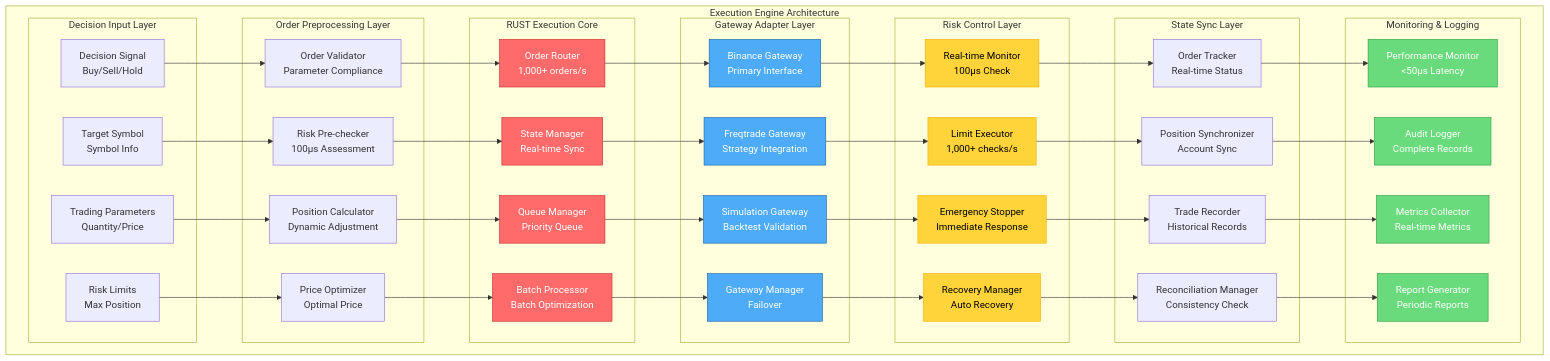
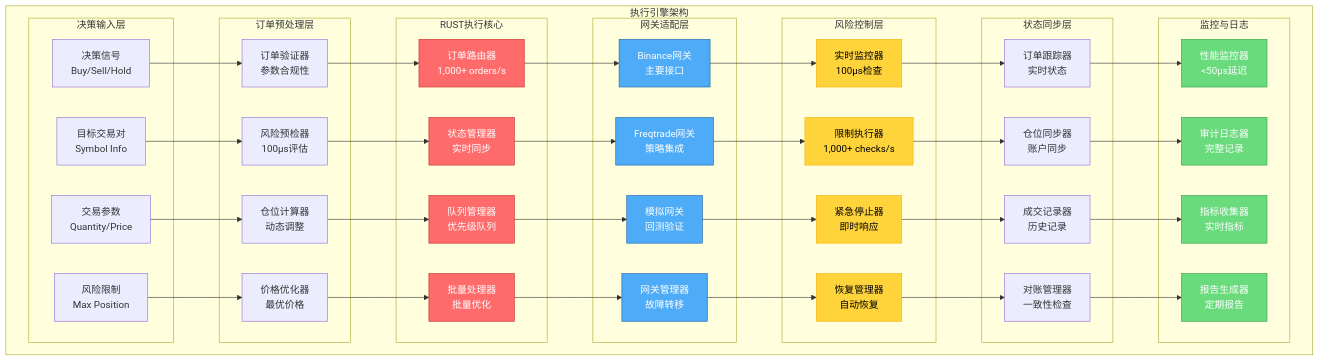
The fifth of 12 diagrams in README.zh.md (zcxGGmu/DeepAlpha), drawn with Mermaid before and after one commit. The commit also changed other lines of this file and 1 other file, not shown here.

````diff
--- a/README.zh.md
+++ b/README.zh.md
@@ -635,53 +634,53 @@
 ```mermaid
 graph TB
-    subgraph "Execution Engine Architecture"
-        subgraph "Decision Input Layer"
-            DI1[Decision Signal<br/>Buy/Sell/Hold]
-            DI2[Target Symbol<br/>Symbol Info]
-            DI3[Trading Parameters<br/>Quantity/Price]
-            DI4[Risk Limits<br/>Max Position]
+    subgraph "执行引擎架构"
+        subgraph "决策输入层"
+            DI1[决策信号<br/>Buy/Sell/Hold]
+            DI2[目标交易对<br/>Symbol Info]
+            DI3[交易参数<br/>Quantity/Price]
+            DI4[风险限制<br/>Max Position]
         end
 
-        subgraph "Order Preprocessing Layer"
-            OP1[Order Validator<br/>Parameter Compliance]
-            OP2[Risk Pre-checker<br/>100μs Assessment]
-            OP3[Position Calculator<br/>Dynamic Adjustment]
-            OP4[Price Optimizer<br/>Optimal Price]
+        subgraph "订单预处理层"
+            OP1[订单验证器<br/>参数合规性]
+            OP2[风险预检器<br/>100μs评估]
+            OP3[仓位计算器<br/>动态调整]
+            OP4[价格优化器<br/>最优价格]
         end
 
-        subgraph "RUST Execution Core"
-            RU1[Order Router<br/>1,000+ orders/s]
-            RU2[State Manager<br/>Real-time Sync]
-            RU3[Queue Manager<br/>Priority Queue]
-            RU4[Batch Processor<br/>Batch Optimization]
+        subgraph "RUST执行核心"
+            RU1[订单路由器<br/>1,000+ orders/s]
+            RU2[状态管理器<br/>实时同步]
+            RU3[队列管理器<br/>优先级队列]
+            RU4[批量处理器<br/>批量优化]
         end
 
-        subgraph "Gateway Adapter Layer"
-            GW1[Binance Gateway<br/>Primary Interface]
-            GW2[Freqtrade Gateway<br/>Strategy Integration]
-            GW3[Simulation Gateway<br/>Backtest Validation]
-            GW4[Gateway Manager<br/>Failover]
+        subgraph "网关适配层"
+            GW1[Binance网关<br/>主要接口]
+            GW2[Freqtrade网关<br/>策略集成]
+            GW3[模拟网关<br/>回测验证]
+            GW4[网关管理器<br/>故障转移]
         end
 
-        subgraph "Risk Control Layer"
-            RK1[Real-time Monitor<br/>100μs Check]
-            RK2[Limit Executor<br/>1,000+ checks/s]
-            RK3[Emergency Stopper<br/>Immediate Response]
-            RK4[Recovery Manager<br/>Auto Recovery]
+        subgraph "风险控制层"
+            RK1[实时监控器<br/>100μs检查]
+            RK2[限制执行器<br/>1,000+ checks/s]
+            RK3[紧急停止器<br/>即时响应]
+            RK4[恢复管理器<br/>自动恢复]
         end
 
-        subgraph "State Sync Layer"
-            SS1[Order Tracker<br/>Real-time Status]
-            SS2[Position Synchronizer<br/>Account Sync]
-            SS3[Trade Recorder<br/>Historical Records]
-            SS4[Reconciliation Manager<br/>Consistency Check]
+        subgraph "状态同步层"
+            SS1[订单跟踪器<br/>实时状态]
+            SS2[仓位同步器<br/>账户同步]
+            SS3[成交记录器<br/>历史记录]
+            SS4[对账管理器<br/>一致性检查]
         end
 
-        subgraph "Monitoring & Logging"
-            ML1[Performance Monitor<br/><50μs Latency]
-            ML2[Audit Logger<br/>Complete Records]
-            ML3[Metrics Collector<br/>Real-time Metrics]
-            ML4[Report Generator<br/>Periodic Reports]
+        subgraph "监控与日志"
+            ML1[性能监控器<br/><50μs延迟]
+            ML2[审计日志器<br/>完整记录]
+            ML3[指标收集器<br/>实时指标]
+            ML4[报告生成器<br/>定期报告]
         end
     end
 
````
